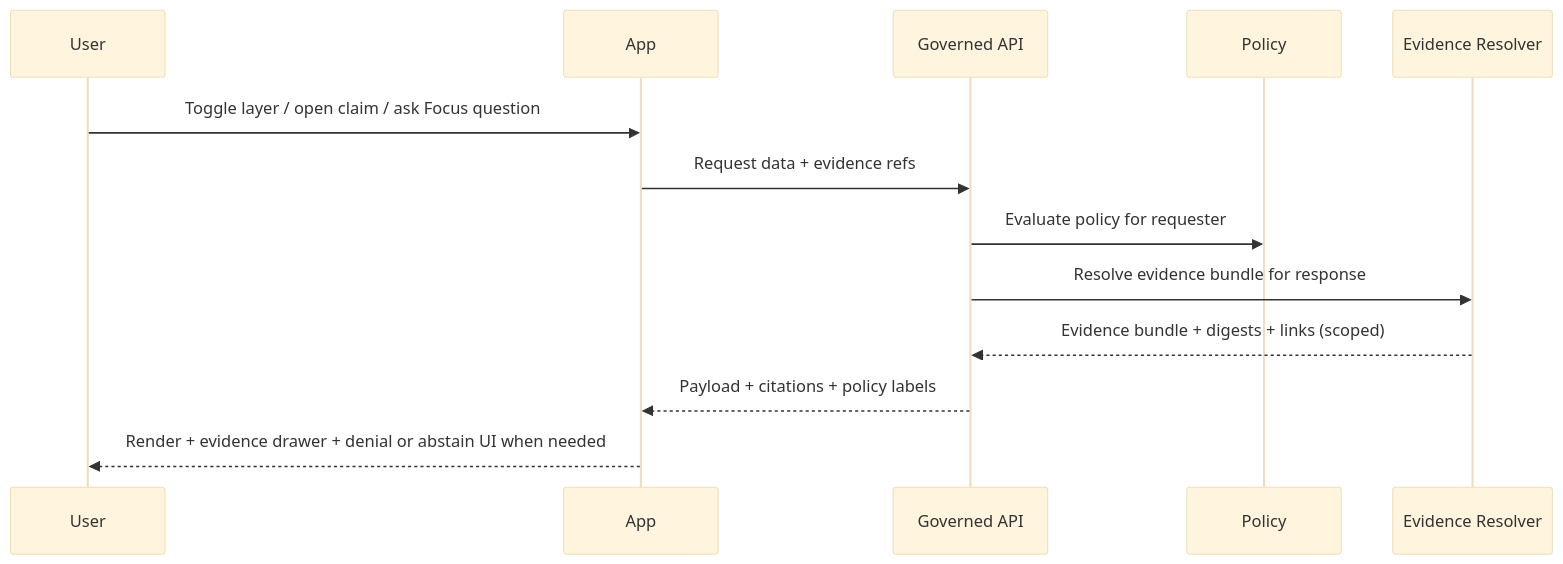
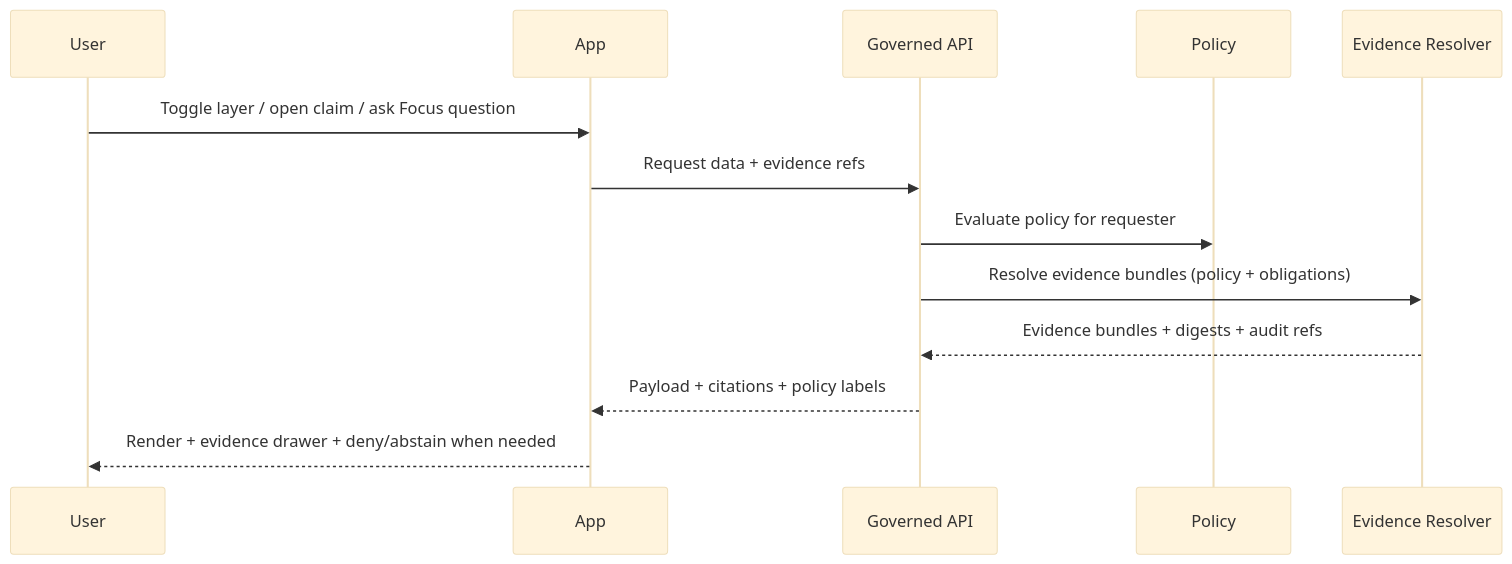
The second of 2 diagrams in apps/README.md (bartytime4life/Kansas-Frontier-Matrix), drawn with Mermaid (base theme) before and after one commit. The commit also changed other lines of this file, not shown here.

````diff
--- a/apps/README.md
+++ b/apps/README.md
@@ -280,16 +365,16 @@
 ```mermaid
 sequenceDiagram
   participant U as User
   participant A as App
   participant G as Governed API
   participant P as Policy
   participant E as Evidence Resolver
 
   U->>A: Toggle layer / open claim / ask Focus question
   A->>G: Request data + evidence refs
   G->>P: Evaluate policy for requester
-  G->>E: Resolve evidence bundle for response
-  E-->>G: Evidence bundle + digests + links (scoped)
+  G->>E: Resolve evidence bundles (policy + obligations)
+  E-->>G: Evidence bundles + digests + audit refs
   G-->>A: Payload + citations + policy labels
-  A-->>U: Render + evidence drawer + denial or abstain UI when needed
+  A-->>U: Render + evidence drawer + deny/abstain when needed
 ```
````
